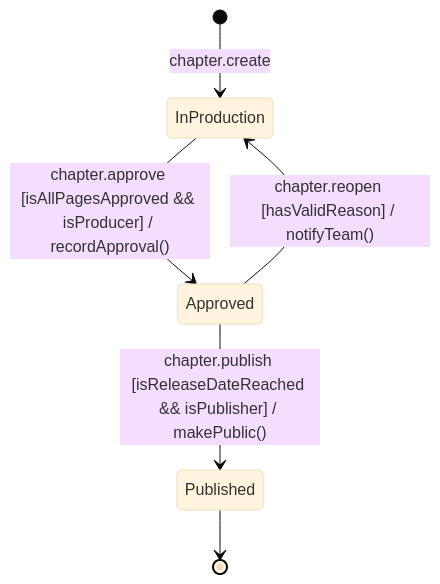
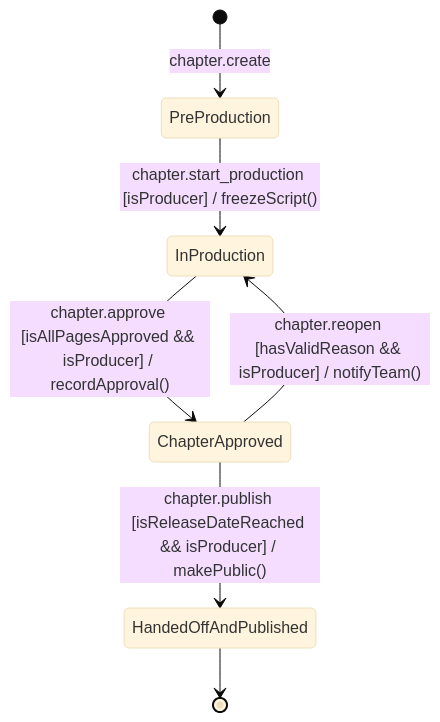
One commit to tkiennt/panelforge-hubs changed the first of 4 diagrams in docs/standards/PanelForge_State_Machine_Naming_Standards.md. Above: the diagram before and after it, drawn with Mermaid (base theme). The commit also changed other lines of this file and 19 other files, not shown here.

Commit message:
docs(ssot): align all specifications, standards, architecture, and plans with V2.6 Final

````diff
--- a/docs/standards/PanelForge_State_Machine_Naming_Standards.md
+++ b/docs/standards/PanelForge_State_Machine_Naming_Standards.md
@@ -166,8 +166,9 @@
 ```mermaid
 stateDiagram-v2
-    [*] --> InProduction: chapter.create
-    InProduction --> Approved: chapter.approve [isAllPagesApproved && isProducer] / recordApproval()
-    Approved --> InProduction: chapter.reopen [hasValidReason] / notifyTeam()
-    Approved --> Published: chapter.publish [isReleaseDateReached && isPublisher] / makePublic()
-    Published --> [*]
+    [*] --> PreProduction: chapter.create
+    PreProduction --> InProduction: chapter.start_production [isProducer] / freezeScript()
+    InProduction --> ChapterApproved: chapter.approve [isAllPagesApproved && isProducer] / recordApproval()
+    ChapterApproved --> InProduction: chapter.reopen [hasValidReason && isProducer] / notifyTeam()
+    ChapterApproved --> HandedOffAndPublished: chapter.publish [isReleaseDateReached && isProducer] / makePublic()
+    HandedOffAndPublished --> [*]
 ```
````
